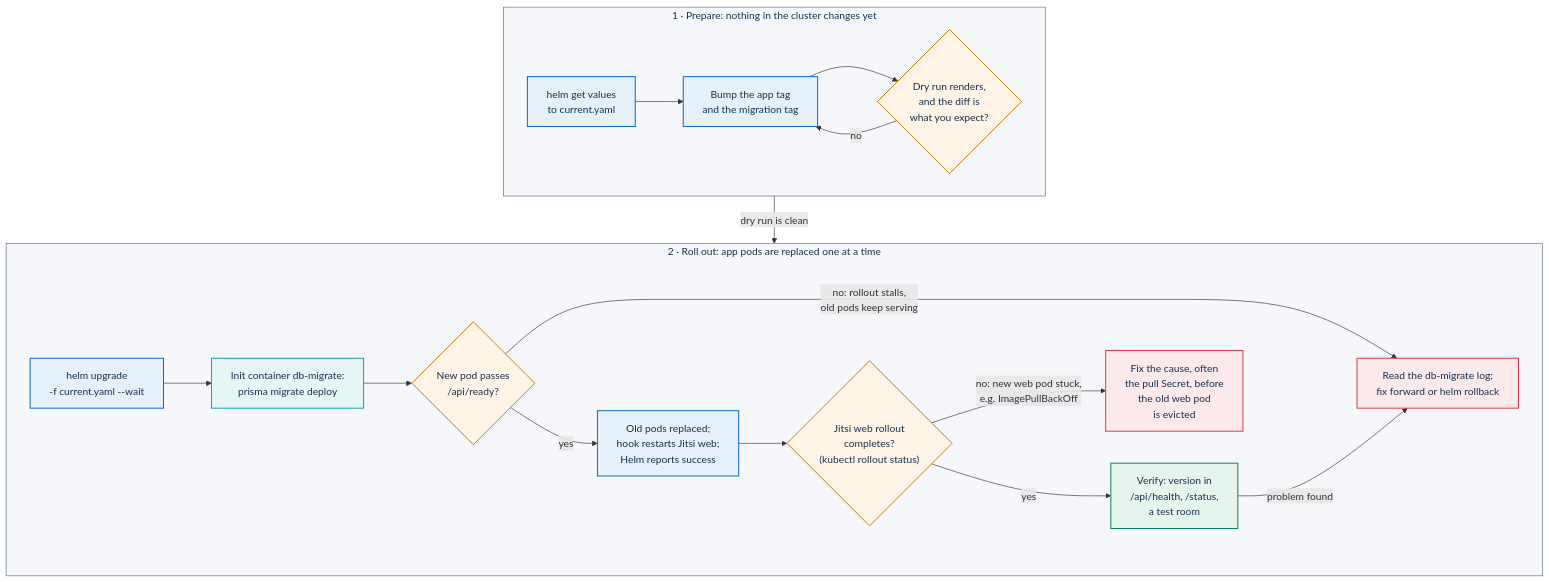
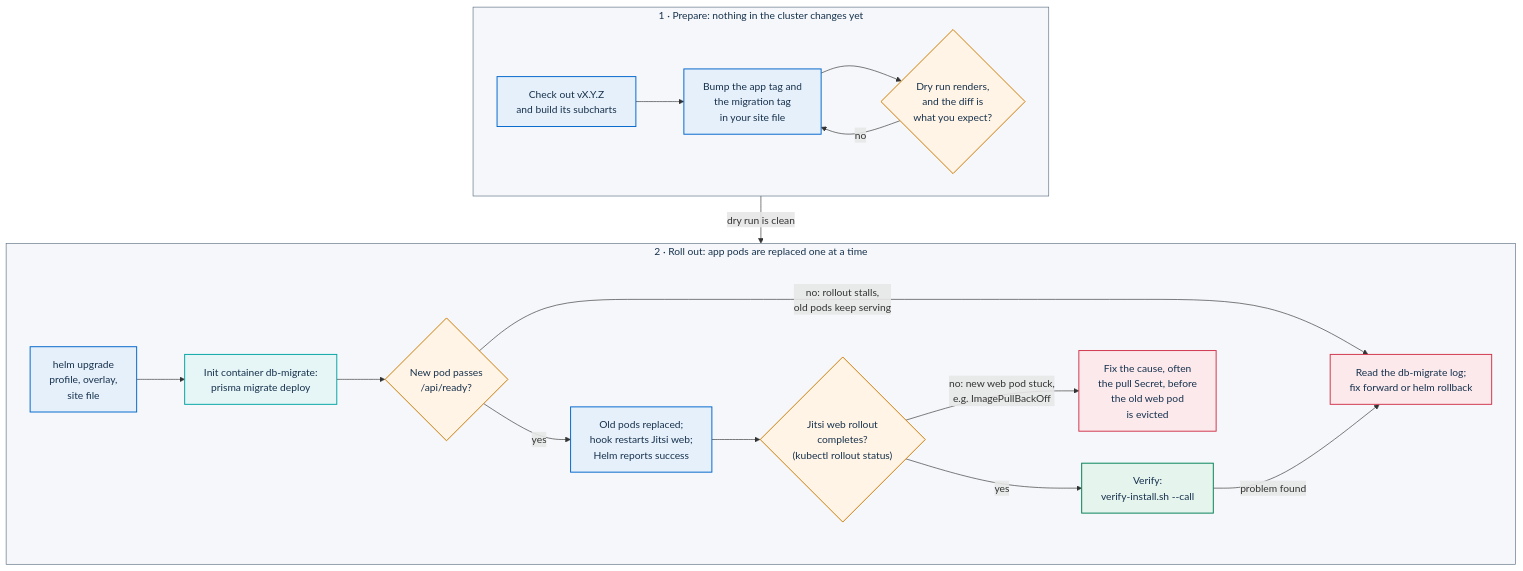
One commit to italia/pa-webinar changed the first of 2 diagrams in docs/operations/upgrades.md. Above: the diagram before and after it, drawn with Mermaid. The commit also changed other lines of this file and 25 other files, not shown here.

````diff
--- a/docs/operations/upgrades.md
+++ b/docs/operations/upgrades.md
@@ -193,29 +267,29 @@
 ```mermaid
 flowchart TB
   subgraph P["1 · Prepare: nothing in the cluster changes yet"]
     direction LR
-    A["helm get values<br/>to current.yaml"]:::step --> B["Bump the app tag<br/>and the migration tag"]:::step
+    A["Check out vX.Y.Z<br/>and build its subcharts"]:::step --> B["Bump the app tag and<br/>the migration tag<br/>in your site file"]:::step
     B --> C{"Dry run renders,<br/>and the diff is<br/>what you expect?"}:::gate
     C -- "no" --> B
   end
   subgraph O["2 · Roll out: app pods are replaced one at a time"]
     direction LR
-    D["helm upgrade<br/>-f current.yaml --wait"]:::step --> E["Init container db-migrate:<br/>prisma migrate deploy"]:::data
+    D["helm upgrade<br/>profile, overlay,<br/>site file"]:::step --> E["Init container db-migrate:<br/>prisma migrate deploy"]:::data
     E --> F{"New pod passes<br/>/api/ready?"}:::gate
     F -- "yes" --> G["Old pods replaced;<br/>hook restarts Jitsi web;<br/>Helm reports success"]:::step
     G --> W{"Jitsi web rollout<br/>completes?<br/>(kubectl rollout status)"}:::gate
-    W -- "yes" --> H["Verify: version in<br/>/api/health, /status,<br/>a test room"]:::ok
+    W -- "yes" --> H["Verify:<br/>verify-install.sh --call"]:::ok
     F -- "no: rollout stalls,<br/>old pods keep serving" --> R["Read the db-migrate log;<br/>fix forward or helm rollback"]:::risk
     W -- "no: new web pod stuck,<br/>e.g. ImagePullBackOff" --> RW["Fix the cause, often<br/>the pull Secret, before<br/>the old web pod<br/>is evicted"]:::risk
     H -- "problem found" --> R
   end
   P -- "dry run is clean" --> O
 
   classDef step fill:#E6F0FA,stroke:#0066CC,color:#17324D,stroke-width:1.5px
   classDef gate fill:#FFF4E5,stroke:#CC7A00,color:#17324D,stroke-width:1.5px
   classDef data fill:#E6F6F6,stroke:#00A3A3,color:#17324D,stroke-width:1.5px
   classDef ok fill:#E6F4EE,stroke:#008055,color:#17324D,stroke-width:1.5px
   classDef risk fill:#FBE9EC,stroke:#D1344C,color:#17324D,stroke-width:1.5px
   style P fill:#F5F7FA,stroke:#5C6F82,color:#17324D
   style O fill:#F5F7FA,stroke:#5C6F82,color:#17324D
 ```
````
